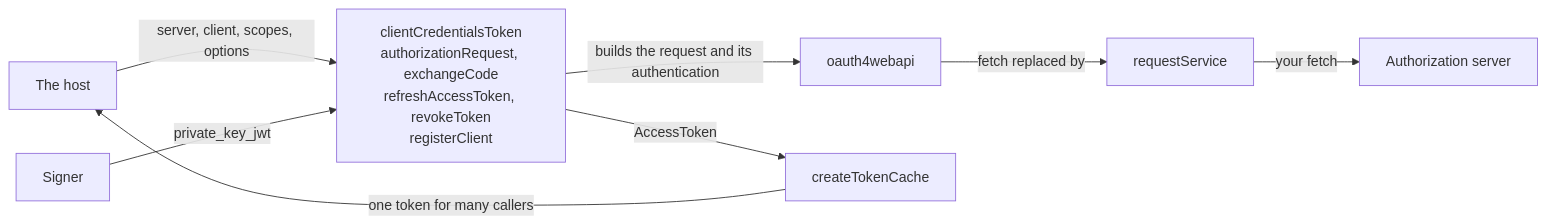
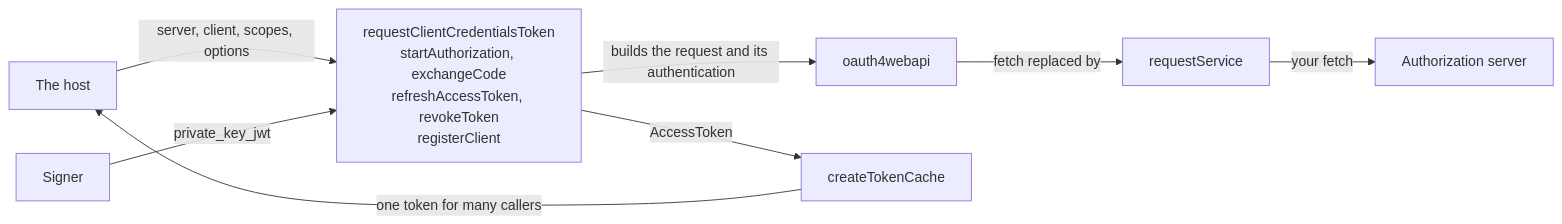
One commit to interopkit/interopkit changed the first of 2 diagrams in docs/core/oauth.md. Above: the diagram before and after it, drawn with Mermaid. The commit also changed other lines of this file and 368 other files, not shown here.

````diff
--- a/docs/core/oauth.md
+++ b/docs/core/oauth.md
@@ -9,10 +9,10 @@
 ```mermaid
 flowchart LR
-  host["The host"] -->|"server, client, scopes, options"| calls["clientCredentialsToken<br/>authorizationRequest, exchangeCode<br/>refreshAccessToken, revokeToken<br/>registerClient"]
+  host["The host"] -->|"server, client, scopes, options"| calls["requestClientCredentialsToken<br/>startAuthorization, exchangeCode<br/>refreshAccessToken, revokeToken<br/>registerClient"]
   calls -->|"builds the request and its authentication"| lib["oauth4webapi"]
   lib -->|"fetch replaced by"| service["requestService"]
   service -->|"your fetch"| as["Authorization server"]
   signer["Signer"] -->|"private_key_jwt"| calls
   calls -->|"AccessToken"| cache["createTokenCache"]
   cache -->|"one token for many callers"| host
 ```
````
